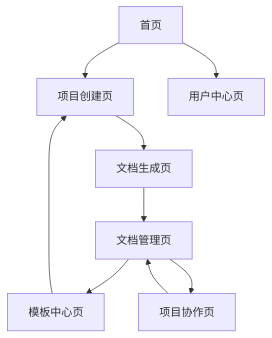
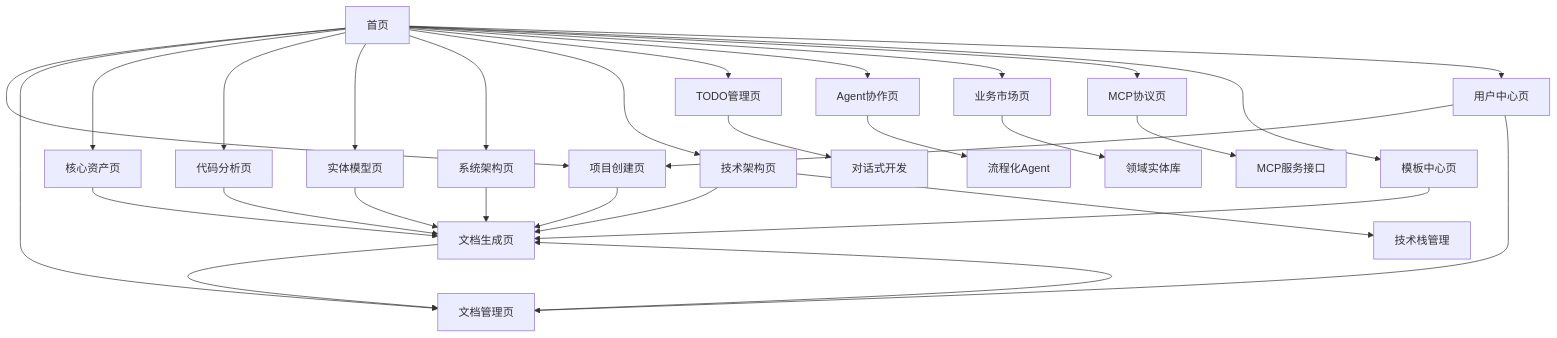
The diagram in .trae/documents/智能软件分析设计工具需求文档.md (crablduck/ai-design-tool), drawn with Mermaid before and after one commit. The commit also changed other lines of this file and 72 other files, not shown here.

````diff
--- a/.trae/documents/智能软件分析设计工具需求文档.md
+++ b/.trae/documents/智能软件分析设计工具需求文档.md
@@ -75,11 +155,36 @@
 ```mermaid
 graph TD
     A[首页] --> B[项目创建页]
-    B --> C[文档生成页]
-    C --> D[文档管理页]
-    D --> E[模板中心页]
-    D --> F[项目协作页]
-    A --> G[用户中心页]
-    F --> D
-    E --> B
+    A --> C[文档管理页]
+    A --> D[核心资产页]
+    A --> E[代码分析页]
+    A --> F[实体模型页]
+    A --> G[系统架构页]
+    A --> H[技术架构页]
+    A --> I[TODO管理页]
+    A --> J[Agent协作页]
+    A --> K[业务市场页]
+    A --> L[MCP协议页]
+    A --> M[模板中心页]
+    A --> N[用户中心页]
+    
+    B --> O[文档生成页]
+    D --> O
+    E --> O
+    F --> O
+    G --> O
+    H --> O
+    
+    O --> C
+    C --> O
+    
+    H --> P[技术栈管理]
+    I --> Q[对话式开发]
+    J --> R[流程化Agent]
+    K --> S[领域实体库]
+    L --> T[MCP服务接口]
+    
+    M --> O
+    N --> B
+    N --> C
 ```
````
